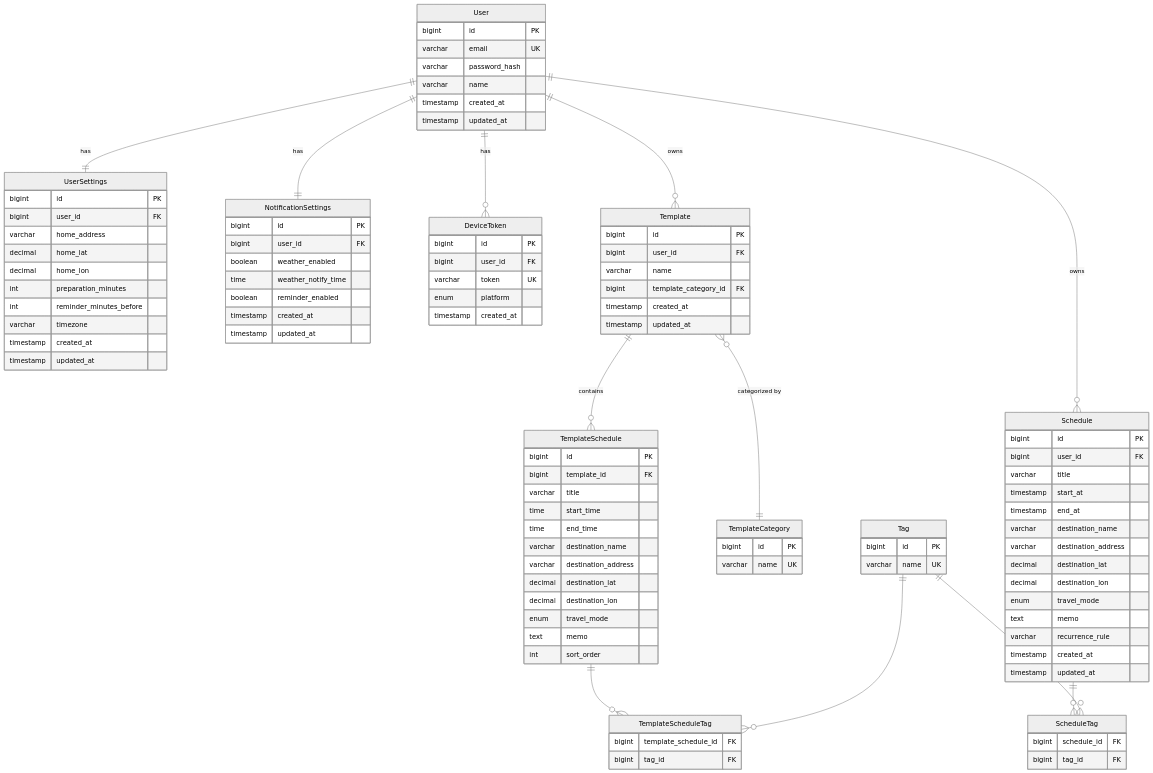
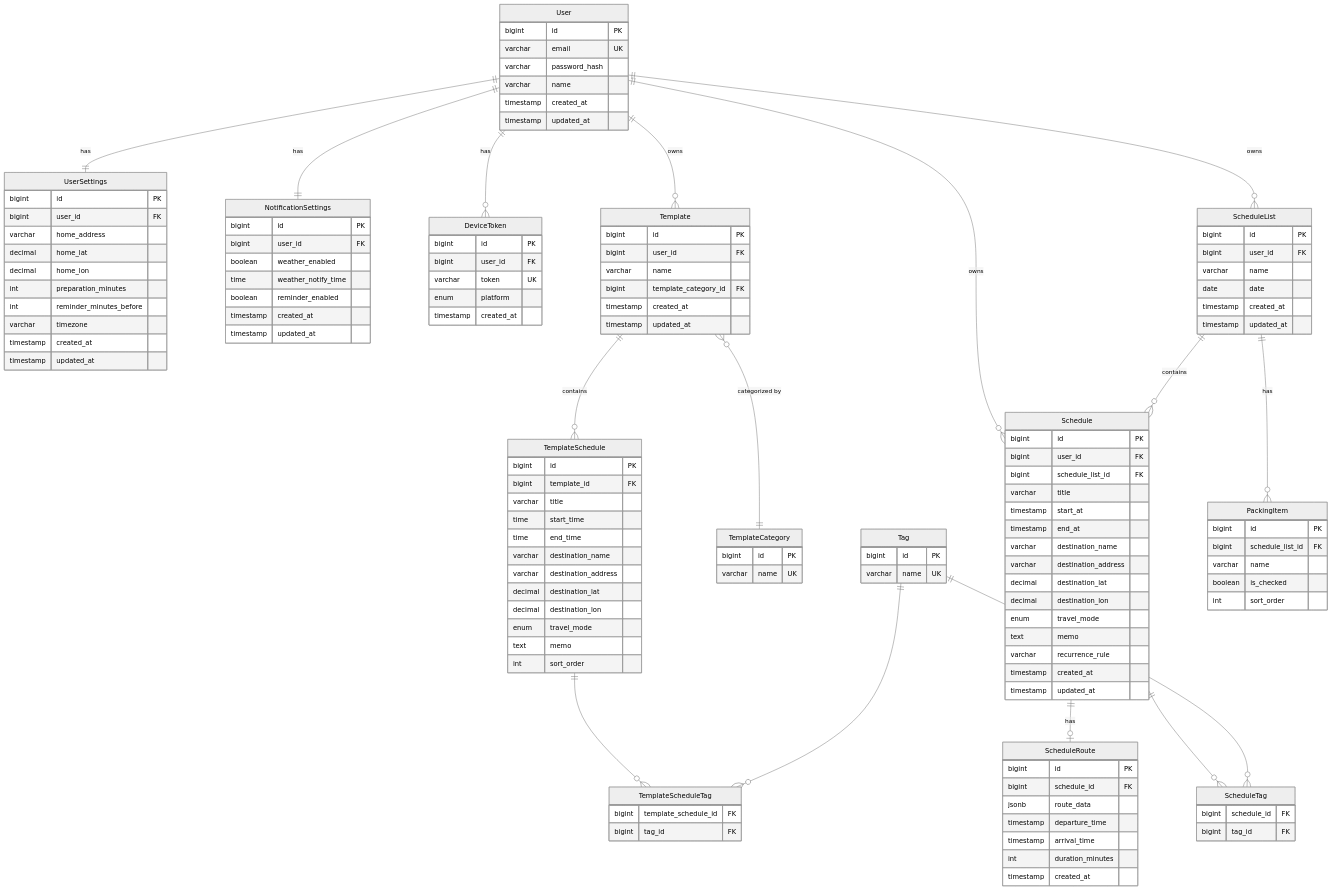
The diagram in backend/docs/spec/データモデル.md (meron14725/tenichi-hackathon), drawn with Mermaid (neutral theme) before and after one commit. The commit also changed other lines of this file and 5 other files, not shown here.

```diff
--- a/backend/docs/spec/データモデル.md
+++ b/backend/docs/spec/データモデル.md
@@ -253,6 +307,7 @@
     Schedule {
         bigint id PK
         bigint user_id FK
+        bigint schedule_list_id FK
         varchar title
         timestamp start_at
         timestamp end_at
@@ -267,6 +322,33 @@
         timestamp updated_at
     }
 
+    ScheduleList {
+        bigint id PK
+        bigint user_id FK
+        varchar name
+        date date
+        timestamp created_at
+        timestamp updated_at
+    }
+
+    PackingItem {
+        bigint id PK
+        bigint schedule_list_id FK
+        varchar name
+        boolean is_checked
+        int sort_order
+    }
+
+    ScheduleRoute {
+        bigint id PK
+        bigint schedule_id FK
+        jsonb route_data
+        timestamp departure_time
+        timestamp arrival_time
+        int duration_minutes
+        timestamp created_at
+    }
+
     ScheduleTag {
         bigint schedule_id FK
         bigint tag_id FK
@@ -277,6 +359,10 @@
     User ||--o{ DeviceToken : "has"
     User ||--o{ Template : "owns"
     User ||--o{ Schedule : "owns"
+    User ||--o{ ScheduleList : "owns"
+    ScheduleList ||--o{ Schedule : "contains"
+    ScheduleList ||--o{ PackingItem : "has"
+    Schedule ||--o| ScheduleRoute : "has"
     Template }o--|| TemplateCategory : "categorized by"
     Template ||--o{ TemplateSchedule : "contains"
     TemplateSchedule ||--o{ TemplateScheduleTag : ""
```
